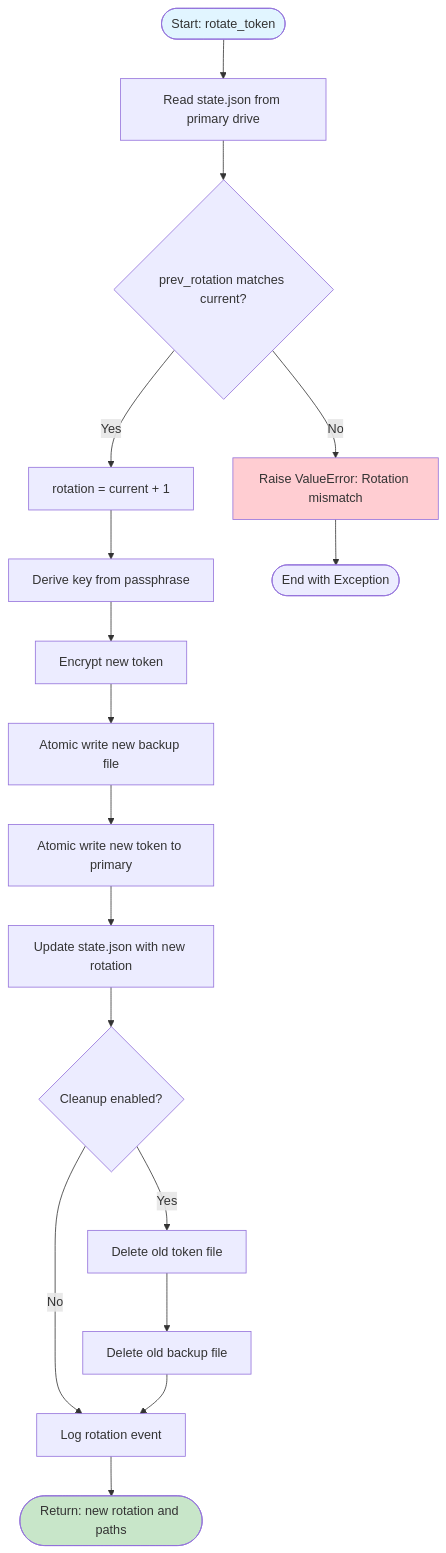
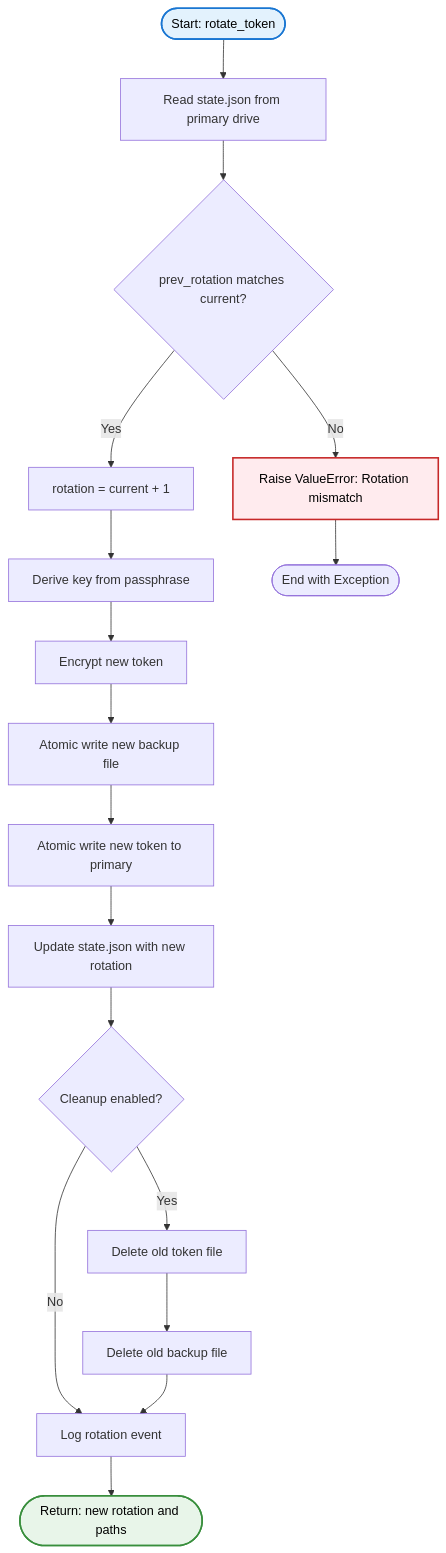
Before and after one commit to Johnsonajibi/PostQuantum-DualUSB-Token-Library: the fifth of 13 diagrams in README.md, drawn with Mermaid. The commit also changed other lines of this file, not shown here.

First line of the commit message:
docs: Improve color contrast in all Mermaid diagrams

````diff
--- a/README.md
+++ b/README.md
@@ -389,28 +389,28 @@
 ```mermaid
 flowchart TD
     Start([Start: rotate_token]) --> ReadState[Read state.json from primary drive]
     ReadState --> VerifyRotation{prev_rotation matches current?}
     
     VerifyRotation -->|No| Error1[Raise ValueError: Rotation mismatch]
     VerifyRotation -->|Yes| IncrementRotation[rotation = current + 1]
     
     IncrementRotation --> DeriveKey[Derive key from passphrase]
     DeriveKey --> EncryptNew[Encrypt new token]
     EncryptNew --> WriteNewBackup[Atomic write new backup file]
     
     WriteNewBackup --> WriteNewToken[Atomic write new token to primary]
     WriteNewToken --> UpdateState[Update state.json with new rotation]
     UpdateState --> CleanupOld{Cleanup enabled?}
     
     CleanupOld -->|Yes| DeleteOldToken[Delete old token file]
     CleanupOld -->|No| AuditLog[Log rotation event]
     DeleteOldToken --> DeleteOldBackup[Delete old backup file]
     DeleteOldBackup --> AuditLog
     
     AuditLog --> Success([Return: new rotation and paths])
     Error1 --> End([End with Exception])
     
-    style Start fill:#e1f5ff
-    style Success fill:#c8e6c9
-    style Error1 fill:#ffcdd2
+    style Start fill:#e3f2fd,stroke:#1976d2,stroke-width:2px,color:#000
+    style Success fill:#e8f5e9,stroke:#388e3c,stroke-width:2px,color:#000
+    style Error1 fill:#ffebee,stroke:#c62828,stroke-width:2px,color:#000
 ```
````
